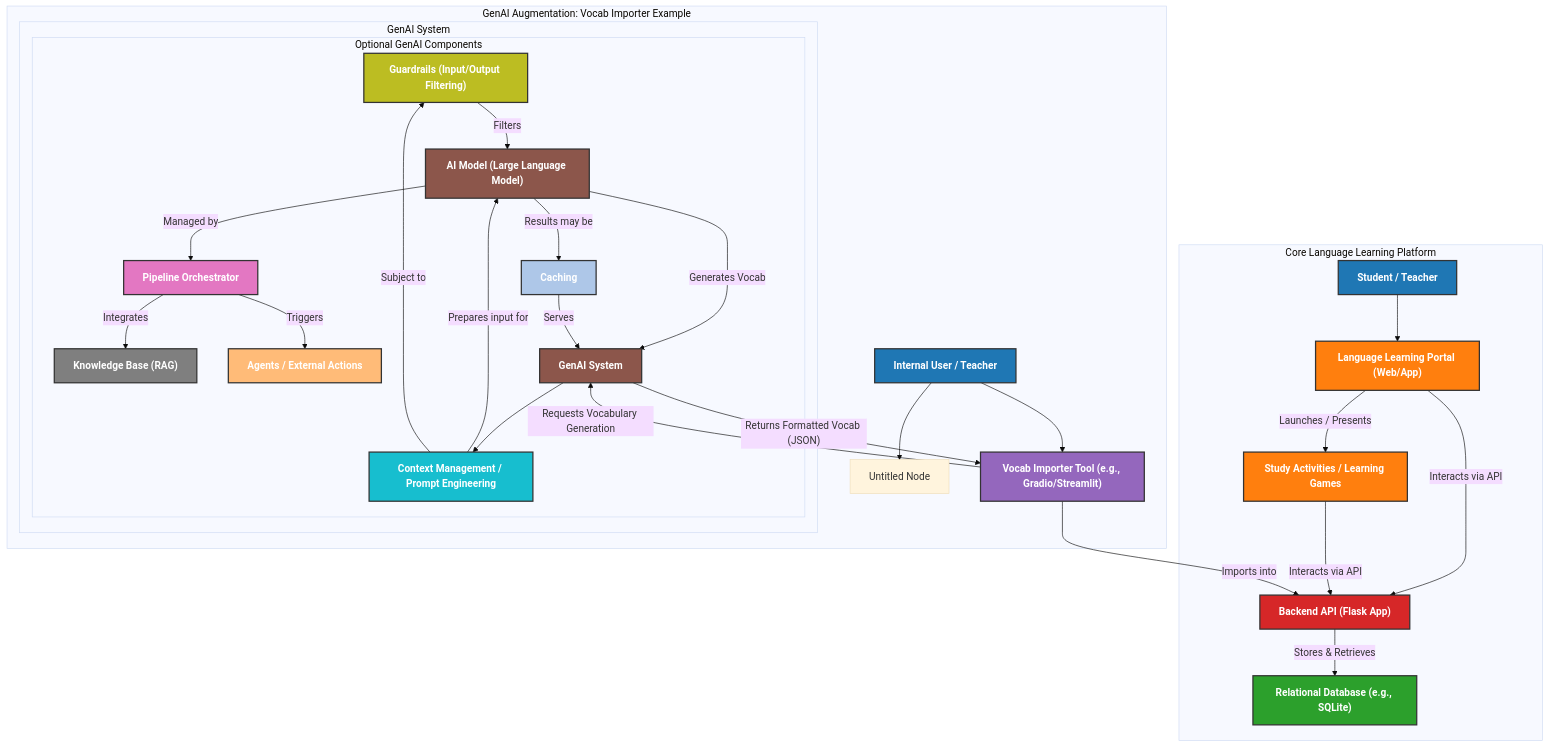
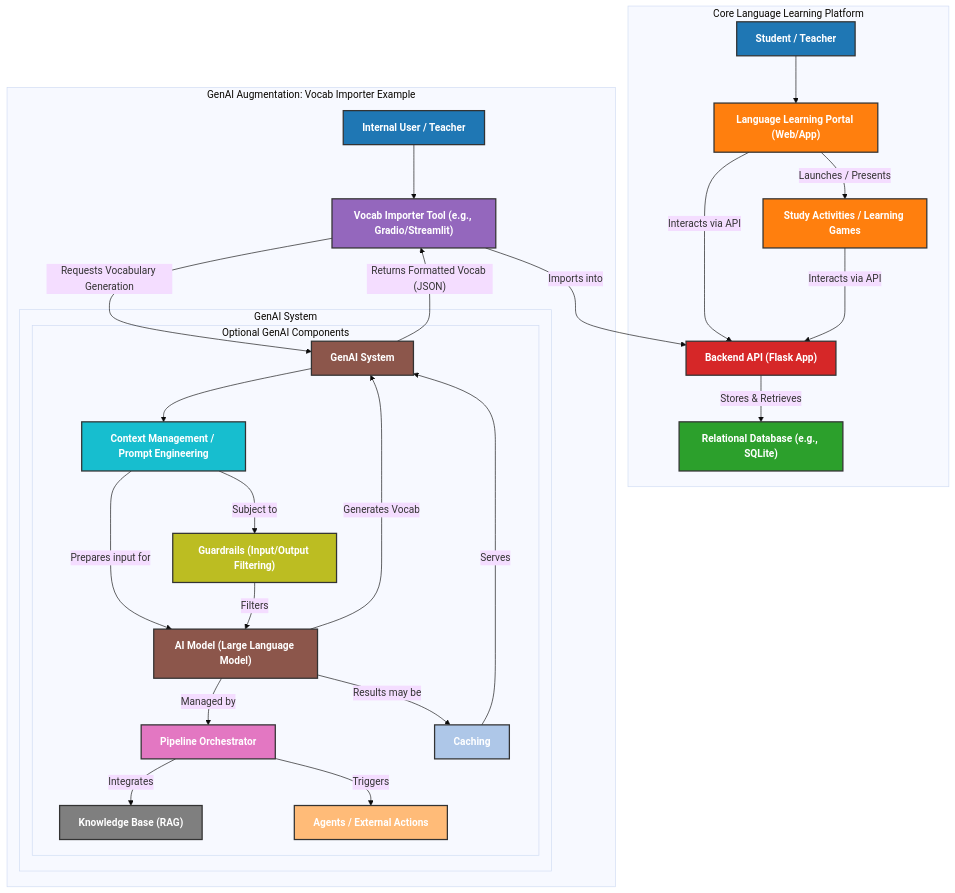
Before and after one commit to MAHALAKSHMImahalakshmi/learnGenAi: the diagram in README.md, drawn with Mermaid (base theme).

````diff
--- a/README.md
+++ b/README.md
@@ -2,68 +2,59 @@
 ```mermaid
-flowchart TD
- subgraph subGraph0["Core Language Learning Platform"]
-        FrontEnd["Language Learning Portal (Web/App)"]
-        User["Student / Teacher"]
-        BackEnd["Backend API (Flask App)"]
-        Database["Relational Database (e.g., SQLite)"]
-        StudyActivities["Study Activities / Learning Games"]
-  end
- subgraph subGraph1["Optional GenAI Components"]
-        GuardRails["Guardrails (Input/Output Filtering)"]
-        PipelineOrchestrator["Pipeline Orchestrator"]
-        KnowledgeBase["Knowledge Base (RAG)"]
-        Agents["Agents / External Actions"]
-        Caching["Caching"]
-        ContextManagement["Context Management / Prompt Engineering"]
-        LLM["AI Model (Large Language Model)"]
-        GenAISystem["GenAI System"]
-  end
- subgraph subGraph2["GenAI System"]
-        subGraph1
-  end
- subgraph subGraph3["GenAI Augmentation: Vocab Importer Example"]
-        VocabImporter["Vocab Importer Tool (e.g., Gradio/Streamlit)"]
-        InternalUser["Internal User / Teacher"]
-        subGraph2
-        n1["Untitled Node"]
-  end
-    User --> FrontEnd
-    FrontEnd -- Interacts via API --> BackEnd
-    BackEnd -- Stores & Retrieves --> Database
-    FrontEnd -- Launches / Presents --> StudyActivities
-    StudyActivities -- Interacts via API --> BackEnd
-    InternalUser --> VocabImporter
-    VocabImporter -- Requests Vocabulary Generation --> GenAISystem
-    GenAISystem --> ContextManagement
-    ContextManagement -- Prepares input for --> LLM
-    LLM -- Generates Vocab --> GenAISystem
-    ContextManagement -- Subject to --> GuardRails
-    GuardRails -- Filters --> LLM
-    LLM -- Managed by --> PipelineOrchestrator
-    PipelineOrchestrator -- Integrates --> KnowledgeBase
-    PipelineOrchestrator -- Triggers --> Agents
-    LLM -- Results may be --> Caching
-    Caching -- Serves --> GenAISystem
-    GenAISystem -- Returns Formatted Vocab (JSON) --> VocabImporter
-    VocabImporter -- Imports into --> BackEnd
-    InternalUser --> n1
+graph TD
+    subgraph Core Language Learning Platform
+        User["Student / Teacher"] --> FrontEnd["Language Learning Portal (Web/App)"]
+        FrontEnd -- "Interacts via API" --> BackEnd["Backend API (Flask App)"]
+        BackEnd -- "Stores & Retrieves" --> Database["Relational Database (e.g., SQLite)"]
+        FrontEnd -- "Launches / Presents" --> StudyActivities["Study Activities / Learning Games"]
+        StudyActivities -- "Interacts via API" --> BackEnd
+    end
+
+    subgraph GenAI Augmentation: Vocab Importer Example
+        InternalUser["Internal User / Teacher"] --> VocabImporter["Vocab Importer Tool (e.g., Gradio/Streamlit)"]
+        VocabImporter -- "Requests Vocabulary Generation" --> GenAISystem["GenAI System"]
+
+        subgraph GenAI System
+            GenAISystem --> ContextManagement["Context Management / Prompt Engineering"]
+            ContextManagement -- "Prepares input for" --> LLM["AI Model (Large Language Model)"]
+            LLM -- "Generates Vocab" --> GenAISystem
+
+            subgraph Optional GenAI Components
+                GuardRails["Guardrails (Input/Output Filtering)"]
+                PipelineOrchestrator["Pipeline Orchestrator"]
+                KnowledgeBase["Knowledge Base (RAG)"]
+                Agents["Agents / External Actions"]
+                Caching["Caching"]
+
+                ContextManagement -- "Subject to" --> GuardRails
+                GuardRails -- "Filters" --> LLM
+                LLM -- "Managed by" --> PipelineOrchestrator
+                PipelineOrchestrator -- "Integrates" --> KnowledgeBase
+                PipelineOrchestrator -- "Triggers" --> Agents
+                LLM -- "Results may be" --> Caching
+                Caching -- "Serves" --> GenAISystem
+            end
+        end
+
+        GenAISystem -- "Returns Formatted Vocab (JSON)" --> VocabImporter
+        VocabImporter -- "Imports into" --> BackEnd
+    end
 
     style User fill:#1F77B4,stroke:#333,stroke-width:2px,color:#fff,font-weight:bold
     style FrontEnd fill:#FF7F0E,stroke:#333,stroke-width:2px,color:#fff,font-weight:bold
     style BackEnd fill:#D62728,stroke:#333,stroke-width:2px,color:#fff,font-weight:bold
     style Database fill:#2CA02C,stroke:#333,stroke-width:2px,color:#fff,font-weight:bold
     style StudyActivities fill:#FF7F0E,stroke:#333,stroke-width:2px,color:#fff,font-weight:bold
     style InternalUser fill:#1F77B4,stroke:#333,stroke-width:2px,color:#fff,font-weight:bold
     style VocabImporter fill:#9467BD,stroke:#333,stroke-width:2px,color:#fff,font-weight:bold
     style GenAISystem fill:#8C564B,stroke:#333,stroke-width:2px,color:#fff,font-weight:bold
     style ContextManagement fill:#17BECF,stroke:#333,stroke-width:2px,color:#fff,font-weight:bold
     style LLM fill:#8C564B,stroke:#333,stroke-width:2px,color:#fff,font-weight:bold
     style GuardRails fill:#BCBD22,stroke:#333,stroke-width:2px,color:#fff,font-weight:bold
     style PipelineOrchestrator fill:#E377C2,stroke:#333,stroke-width:2px,color:#fff,font-weight:bold
     style KnowledgeBase fill:#7F7F7F,stroke:#333,stroke-width:2px,color:#fff,font-weight:bold
     style Agents fill:#FFBB78,stroke:#333,stroke-width:2px,color:#fff,font-weight:bold
     style Caching fill:#AEC7E8,stroke:#333,stroke-width:2px,color:#fff,font-weight:bold
 
 
 
 ```
````
